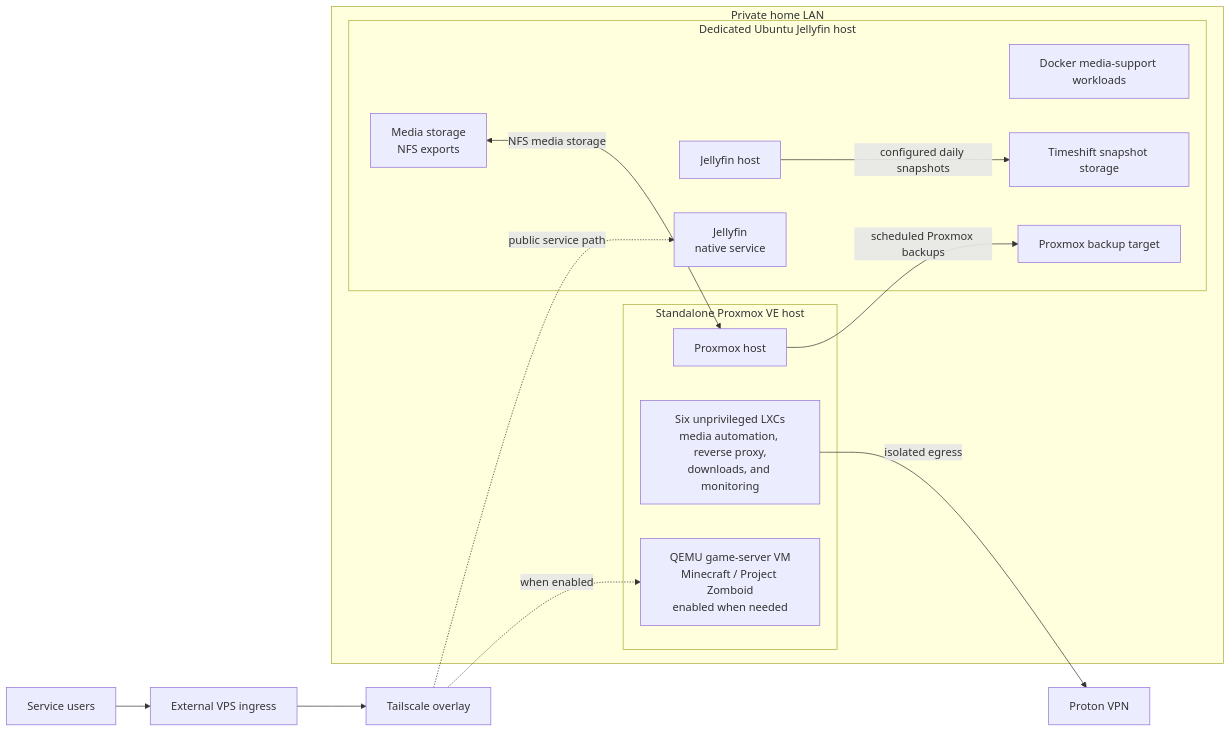
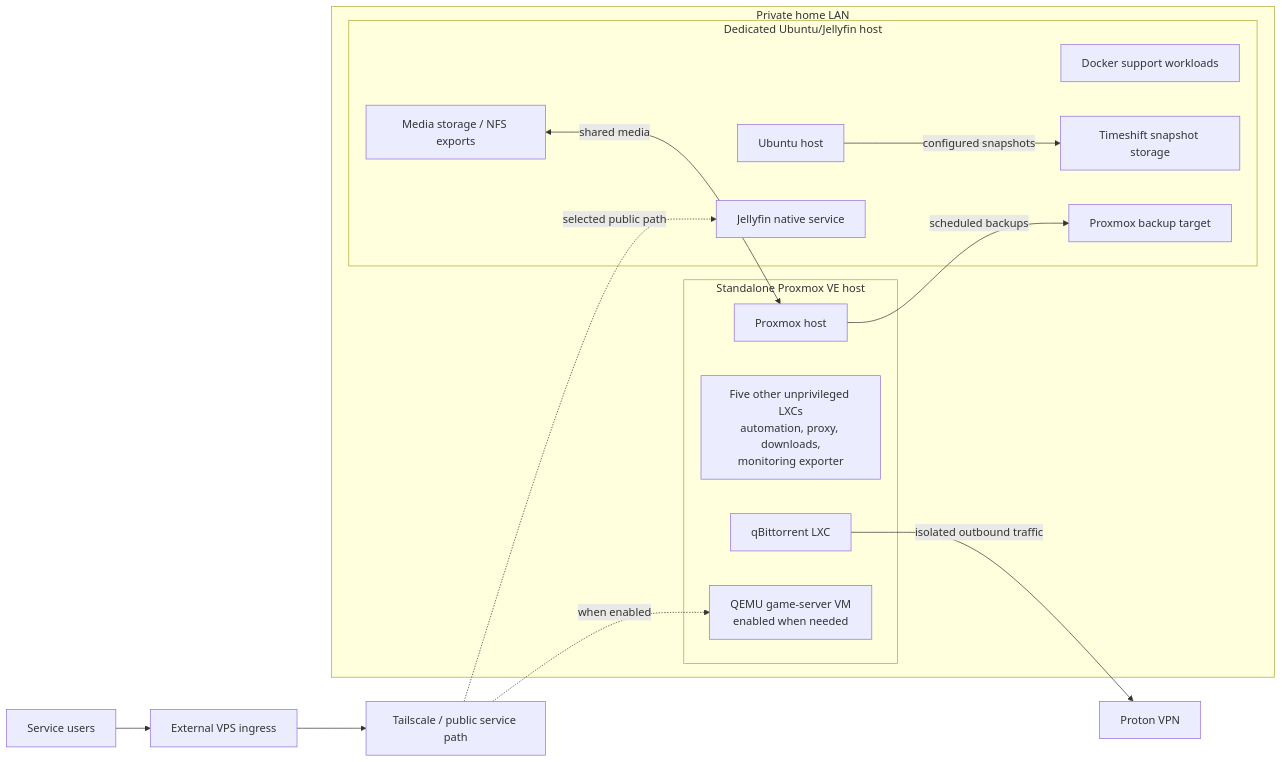
One commit to PCEWLKR/homeserver-infrastructure changed the diagram in README.md. Above: the diagram before and after it, drawn with Mermaid. The commit also changed other lines of this file and 12 other files, not shown here.

````diff
--- a/README.md
+++ b/README.md
@@ -12,29 +30,30 @@
 ```mermaid
 flowchart LR
     USERS["Service users"] --> VPS["External VPS ingress"]
-    VPS --> TS["Tailscale overlay"]
+    VPS --> TS["Tailscale / public service path"]
 
     subgraph LAN["Private home LAN"]
         subgraph PVE["Standalone Proxmox VE host"]
             PVEHOST["Proxmox host"]
-            LXC["Six unprivileged LXCs<br/>media automation, reverse proxy,<br/>downloads, and monitoring"]
-            GAME["QEMU game-server VM<br/>Minecraft / Project Zomboid<br/>enabled when needed"]
+            LXC["Five other unprivileged LXCs<br/>automation, proxy, downloads,<br/>monitoring exporter"]
+            QBIT["qBittorrent LXC"]
+            GAME["QEMU game-server VM<br/>enabled when needed"]
         end
 
-        subgraph MEDIA["Dedicated Ubuntu Jellyfin host"]
-            JHOST["Jellyfin host"]
-            JELLY["Jellyfin<br/>native service"]
-            DOCKER["Docker media-support workloads"]
-            NFS["Media storage<br/>NFS exports"]
+        subgraph MEDIA["Dedicated Ubuntu/Jellyfin host"]
+            JHOST["Ubuntu host"]
+            JELLY["Jellyfin native service"]
+            DOCKER["Docker support workloads"]
+            NFS["Media storage / NFS exports"]
             PVE_BACKUP["Proxmox backup target"]
             SNAP["Timeshift snapshot storage"]
         end
     end
 
-    TS -.->|"public service path"| JELLY
+    TS -.->|"selected public path"| JELLY
     TS -.->|"when enabled"| GAME
-    NFS <-->|"NFS media storage"| PVEHOST
-    PVEHOST -->|"scheduled Proxmox backups"| PVE_BACKUP
-    JHOST -->|"configured daily snapshots"| SNAP
-    LXC -->|"isolated egress"| VPN["Proton VPN"]
+    NFS <-->|"shared media"| PVEHOST
+    PVEHOST -->|"scheduled backups"| PVE_BACKUP
+    JHOST -->|"configured snapshots"| SNAP
+    QBIT -->|"isolated outbound traffic"| VPN["Proton VPN"]
 ```
````
